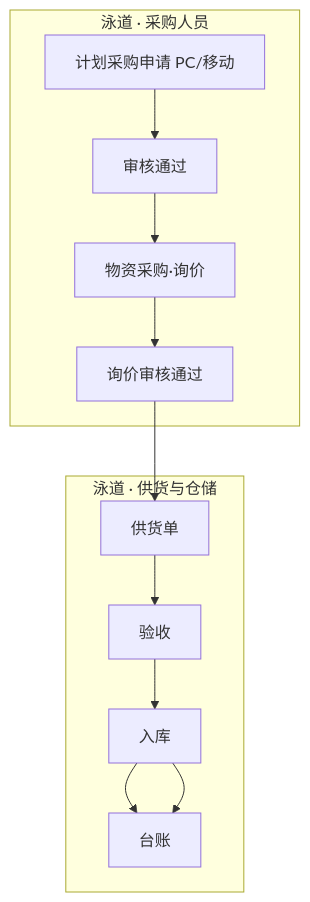
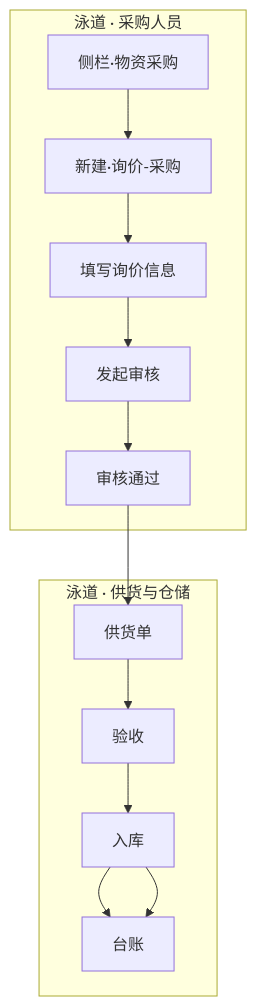
One commit to liaoliao66/wms changed diagram 19 of 28 in docs/prd.md. Above: the diagram before and after it, drawn with Mermaid. The commit also changed other lines of this file and 2 other files, not shown here.

````diff
--- a/docs/prd.md
+++ b/docs/prd.md
@@ -1541,12 +1592,12 @@
 ```mermaid
 flowchart TB
     subgraph uf2_buy["泳道 · 采购人员"]
-        P1["计划采购申请 PC/移动"] --> P2["审核通过"]
-        P2 --> P3["物资采购·询价"] --> P4["询价审核通过"]
+        P1["侧栏·物资采购"] --> P2["新建·询价-采购"]
+        P2 --> P3["填写询价信息"] --> P4["发起审核"] --> P5["审核通过"]
     end
     subgraph uf2_chain["泳道 · 供货与仓储"]
         Q1["供货单"] --> Q2["验收"] --> Q3["入库"] --> Q4["台账"]
     end
-    P4 --> Q1
+    P5 --> Q1
     Q3 --> Q4
 ```
````
